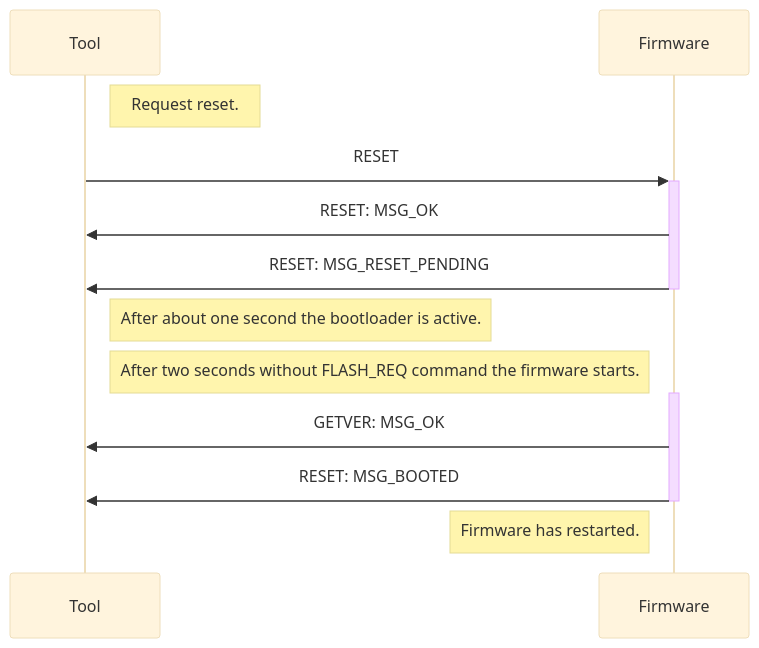
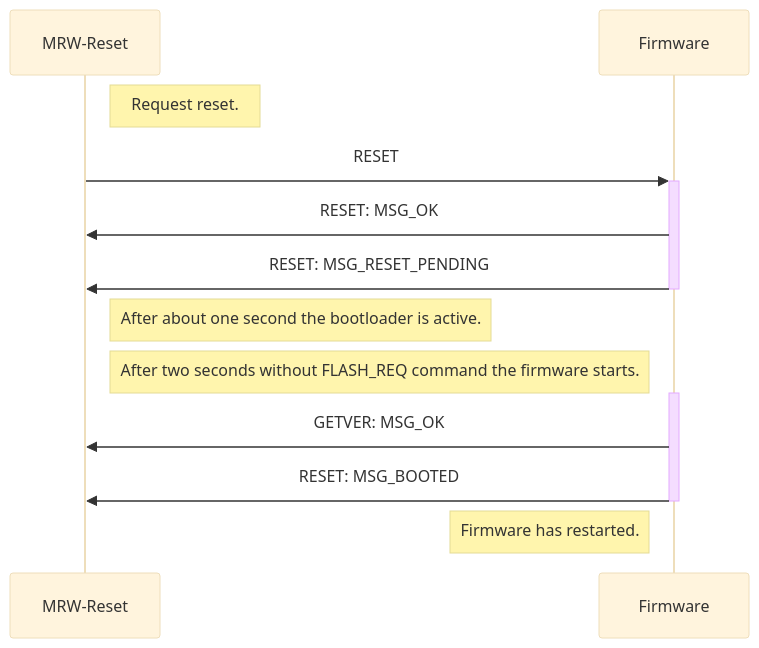
The diagram in tools/reset/README.md (stmork/mrw-track-control-ng), drawn with Mermaid (base theme) before and after one commit. The commit also changed 2 other files, not shown here.

Commit message:
Renamed participants.

````diff
--- a/tools/reset/README.md
+++ b/tools/reset/README.md
@@ -11,22 +11,22 @@
 ```mermaid
 sequenceDiagram
-	Participant T as Tool
+	Participant T as MRW-Reset
 	Participant F as Firmware
 
 	Note right of T: Request reset.
 	T ->> +F: RESET
 	F ->>  T: RESET: MSG_OK
 	F ->> -T: RESET: MSG_RESET_PENDING
 
 	Note right of T: After about one second the bootloader is active.
 
 	Note right of T: After two seconds without FLASH_REQ command the firmware starts.
 
 	activate F
 
 	F ->> T: GETVER: MSG_OK
 	F ->> T: RESET: MSG_BOOTED
 
 	deactivate F
 	Note left of F: Firmware has restarted.
 ```
````
